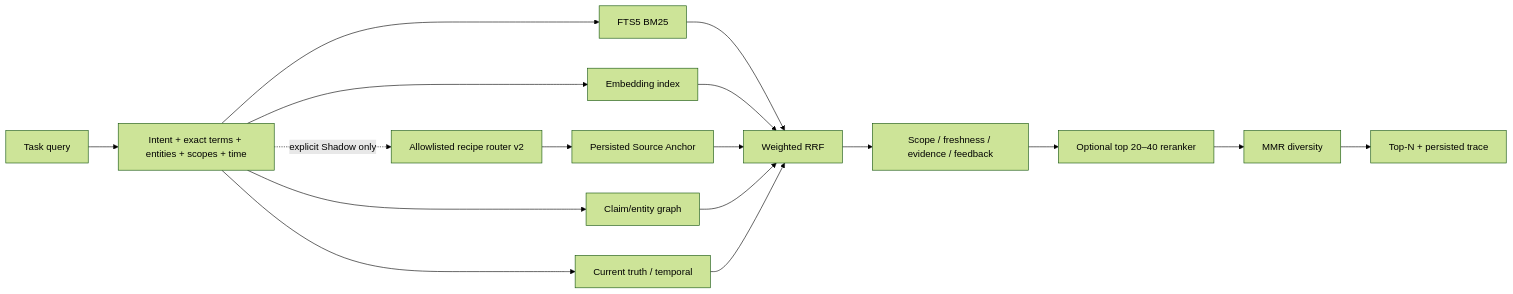
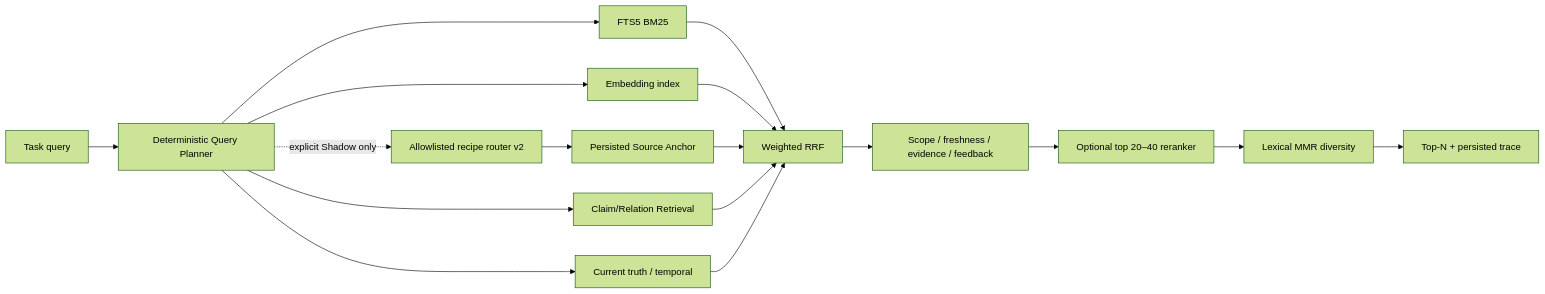
One commit to tianhao8687/MemoryOS changed the second of 2 diagrams in ARCHITECTURE.md. Above: the diagram before and after it, drawn with Mermaid (forest theme). The commit also changed other lines of this file and 71 other files, not shown here.

````diff
--- a/ARCHITECTURE.md
+++ b/ARCHITECTURE.md
@@ -75,19 +77,19 @@
 ```mermaid
 flowchart LR
-    Q["Task query"] --> Planner["Intent + exact terms + entities + scopes + time"]
+    Q["Task query"] --> Planner["Deterministic Query Planner"]
     Planner -. "explicit Shadow only" .-> Router["Allowlisted recipe router v2"]
     Planner --> FTS["FTS5 BM25"]
     Planner --> Vec["Embedding index"]
     Router --> Anchor["Persisted Source Anchor"]
-    Planner --> Graph["Claim/entity graph"]
+    Planner --> Graph["Claim/Relation Retrieval"]
     Planner --> Temporal["Current truth / temporal"]
     FTS --> RRF["Weighted RRF"]
     Vec --> RRF
     Anchor --> RRF
     Graph --> RRF
     Temporal --> RRF
     RRF --> Filter["Scope / freshness / evidence / feedback"]
     Filter --> Rerank["Optional top 20–40 reranker"]
-    Rerank --> MMR["MMR diversity"]
+    Rerank --> MMR["Lexical MMR diversity"]
     MMR --> Trace["Top-N + persisted trace"]
 ```
````
